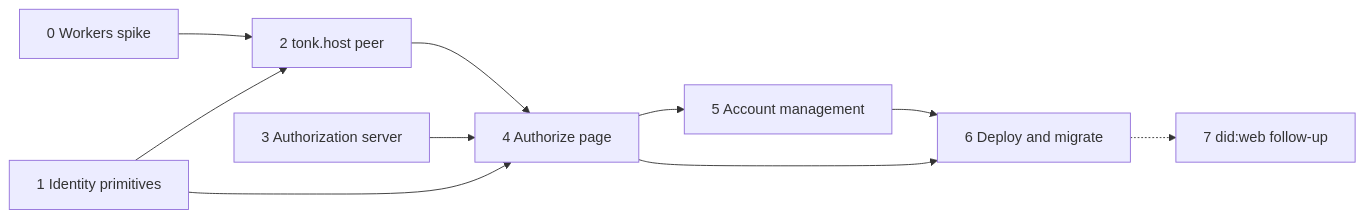
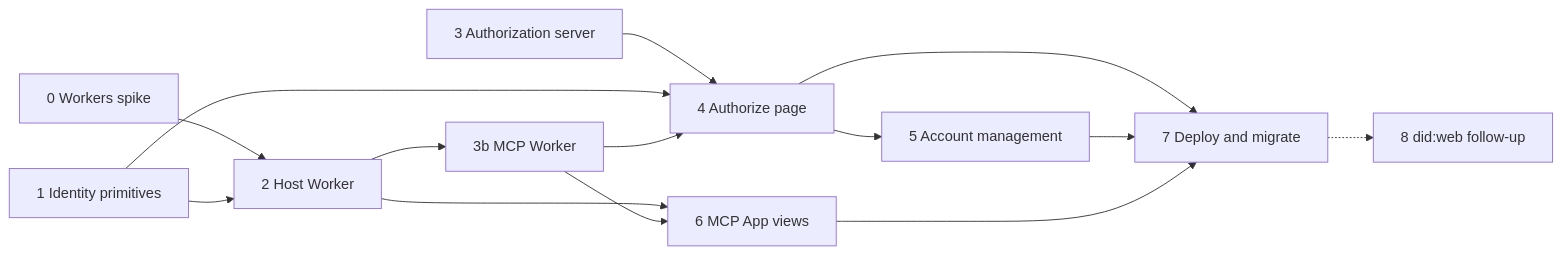
One commit to tonk-labs/tonk changed the sixth of 6 diagrams in plans/2026-10-28-hosted-agent-peer.md. Above: the diagram before and after it, drawn with Mermaid. The commit also changed other lines of this file, not shown here.

Commit message:
plans: hosted peer on the provider origin at /host/ and /mcp, views over SSE

````diff
--- a/plans/2026-10-28-hosted-agent-peer.md
+++ b/plans/2026-10-28-hosted-agent-peer.md
@@ -183,12 +238,16 @@
 ```mermaid
 flowchart LR
   S0[0 Workers spike] --> S2
-  S1[1 Identity primitives] --> S2[2 tonk.host peer]
+  S1[1 Identity primitives] --> S2[2 Host Worker]
+  S2 --> S3b[3b MCP Worker]
+  S3[3 Authorization server] --> S4[4 Authorize page]
   S1 --> S4
-  S3[3 Authorization server] --> S4[4 Authorize page]
-  S2 --> S4
+  S3b --> S4
   S4 --> S5[5 Account management]
-  S4 --> S6[6 Deploy and migrate]
-  S5 --> S6
-  S6 -.-> S7[7 did:web follow-up]
+  S2 --> S6[6 MCP App views]
+  S3b --> S6
+  S4 --> S7[7 Deploy and migrate]
+  S5 --> S7
+  S6 --> S7
+  S7 -.-> S8[8 did:web follow-up]
 ```
````
